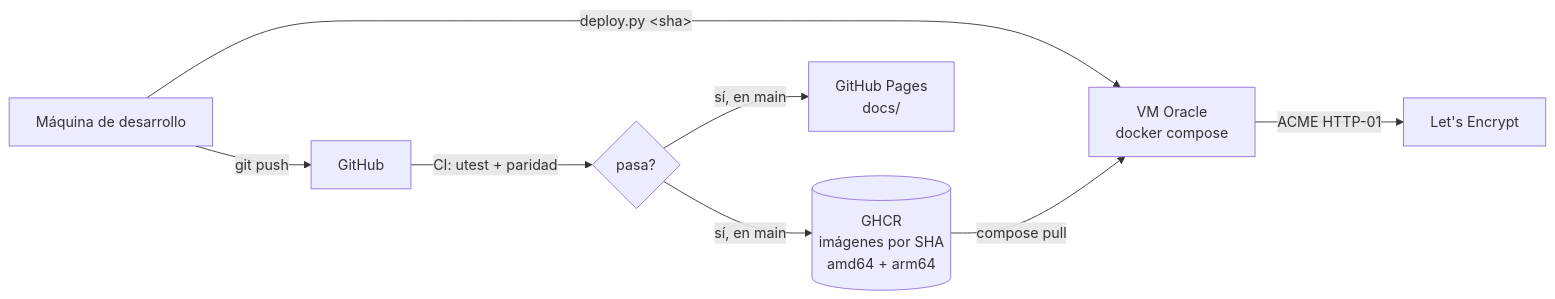
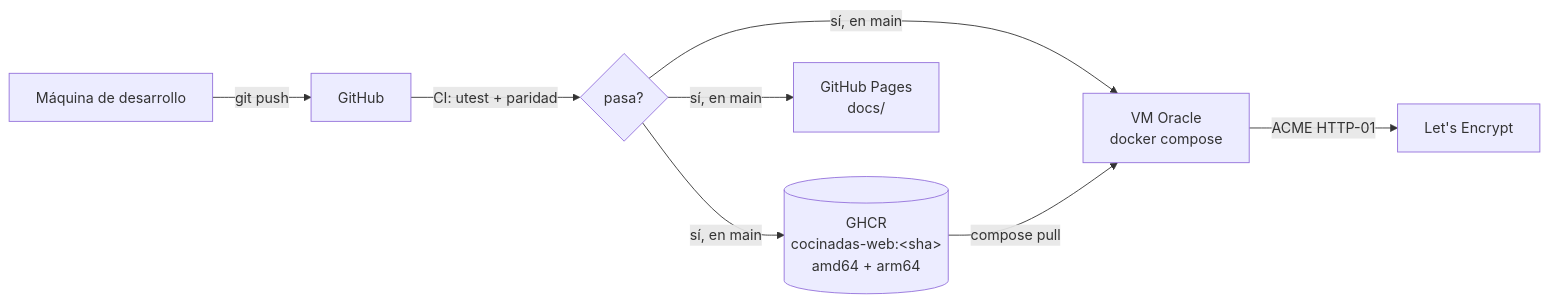
One commit to carlos-illobre/cocinadas changed the fourth of 4 diagrams in docs/ARCHITECTURE.md. Above: the diagram before and after it, drawn with Mermaid. The commit also changed other lines of this file and 27 other files, not shown here.

````diff
--- a/docs/ARCHITECTURE.md
+++ b/docs/ARCHITECTURE.md
@@ -105,10 +116,10 @@
 ```mermaid
 flowchart LR
   dev[Máquina de desarrollo] -- git push --> gh[GitHub]
   gh -- CI: utest + paridad --> ci{pasa?}
-  ci -- sí, en main --> ghcr[(GHCR<br/>imágenes por SHA<br/>amd64 + arm64)]
+  ci -- sí, en main --> ghcr[(GHCR<br/>cocinadas-web:&lt;sha&gt;<br/>amd64 + arm64)]
   ci -- sí, en main --> pages[GitHub Pages<br/>docs/]
-  dev -- deploy.py &lt;sha&gt; --> vm[VM Oracle<br/>docker compose]
+  ci -- sí, en main --> vm[VM Oracle<br/>docker compose]
   ghcr -- compose pull --> vm
   vm -- ACME HTTP-01 --> le[Let's Encrypt]
 ```
````
